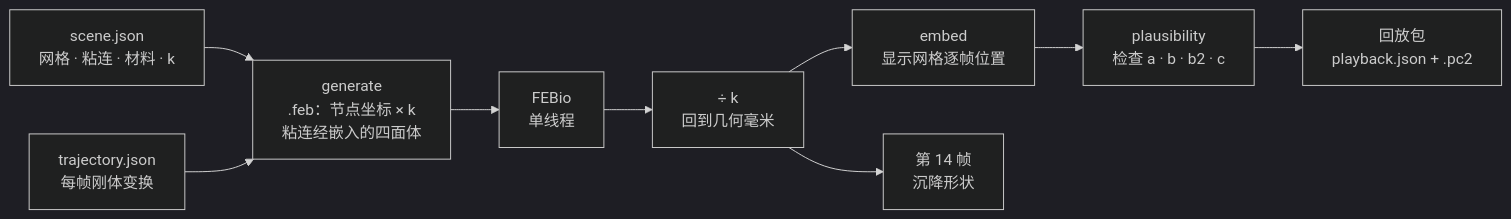
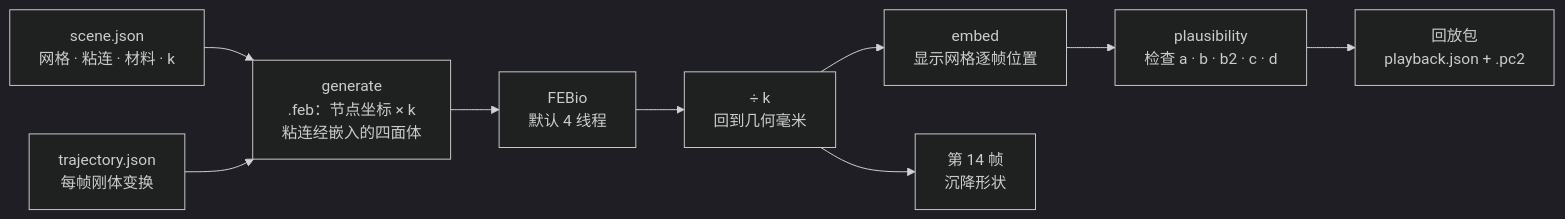
The diagram in docs/15-prototype.md (JoKFA/FEBio_Blender_Init), drawn with Mermaid (dark theme) before and after one commit. The commit also changed other lines of this file, not shown here.

````diff
--- a/docs/15-prototype.md
+++ b/docs/15-prototype.md
@@ -197,11 +207,11 @@
 ```mermaid
 flowchart LR
     S[scene.json<br/>网格 · 粘连 · 材料 · k] --> G
     T[trajectory.json<br/>每帧刚体变换] --> G
-    G["generate<br/>.feb：节点坐标 × k<br/>粘连经嵌入的四面体"] --> F[FEBio<br/>单线程]
+    G["generate<br/>.feb：节点坐标 × k<br/>粘连经嵌入的四面体"] --> F[FEBio<br/>默认 4 线程]
     F --> D["÷ k<br/>回到几何毫米"]
     D --> E["embed<br/>显示网格逐帧位置"]
-    E --> P["plausibility<br/>检查 a · b · b2 · c"]
+    E --> P["plausibility<br/>检查 a · b · b2 · c · d"]
     P --> B["回放包<br/>playback.json + .pc2"]
     D --> H["第 14 帧<br/>沉降形状"]
 ```
````
